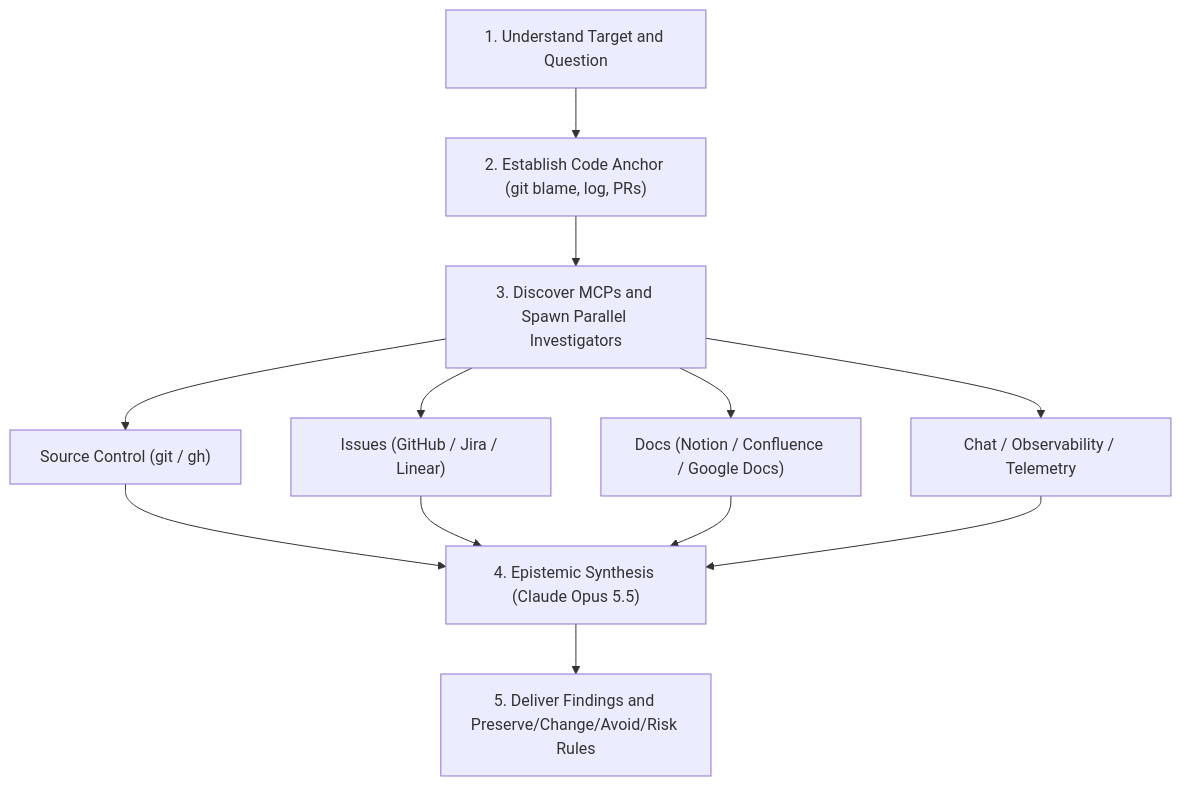
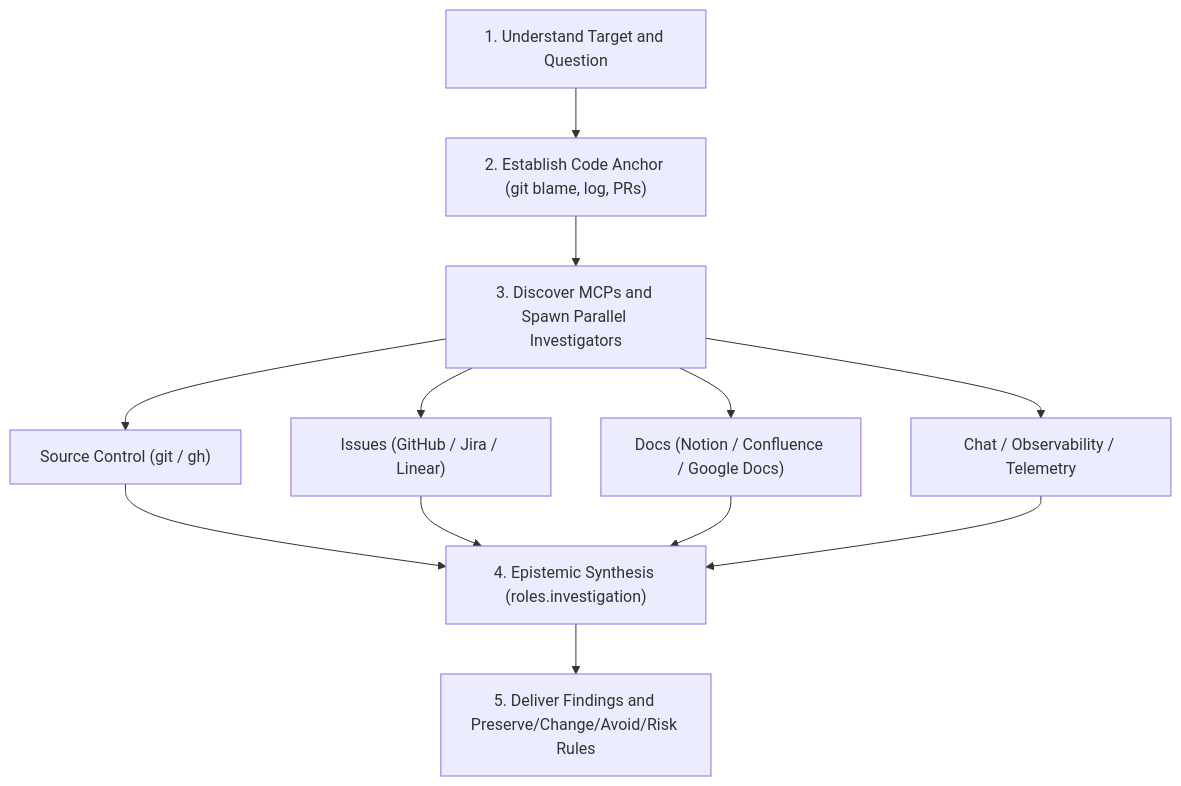
The diagram in skills/why/SKILL.md (sirius-cc-wu/sirius-skills), drawn with Mermaid before and after one commit. The commit also changed other lines of this file and 3 other files, not shown here.

````diff
--- a/skills/why/SKILL.md
+++ b/skills/why/SKILL.md
@@ -57,14 +57,14 @@
 ```mermaid
 flowchart TD
     Q["1. Understand Target and Question"] --> Anchor["2. Establish Code Anchor (git blame, log, PRs)"]
     Anchor --> Cat["3. Discover MCPs and Spawn Parallel Investigators"]
     Cat --> Inv1["Source Control (git / gh)"]
     Cat --> Inv2["Issues (GitHub / Jira / Linear)"]
     Cat --> Inv3["Docs (Notion / Confluence / Google Docs)"]
     Cat --> Inv4["Chat / Observability / Telemetry"]
-    Inv1 --> Synth["4. Epistemic Synthesis (Claude Opus 5.5)"]
+    Inv1 --> Synth["4. Epistemic Synthesis (roles.investigation)"]
     Inv2 --> Synth
     Inv3 --> Synth
     Inv4 --> Synth
     Synth --> Deliver["5. Deliver Findings and Preserve/Change/Avoid/Risk Rules"]
 ```
````
